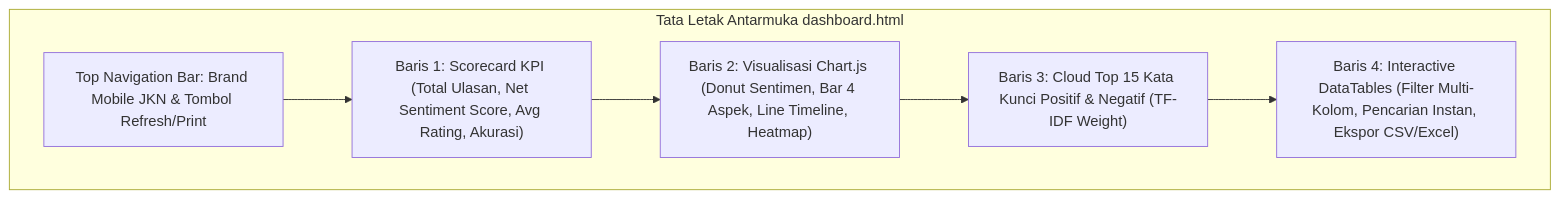
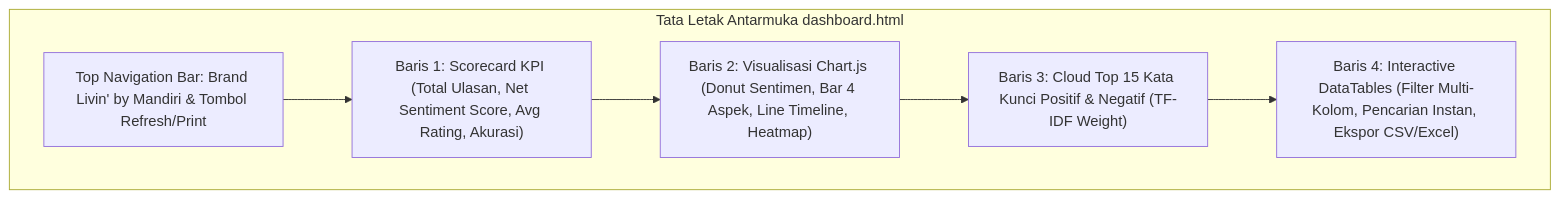
One commit to presidendjakarta/Binus-s2-Business-Intelligence-and-Analytics-TK changed the diagram in docs/08_panduan_penggunaan_cli.md. Above: the diagram before and after it, drawn with Mermaid. The commit also changed other lines of this file and 57 other files, not shown here.

````diff
--- a/docs/08_panduan_penggunaan_cli.md
+++ b/docs/08_panduan_penggunaan_cli.md
@@ -225,12 +225,12 @@
 ```mermaid
 graph TD
     subgraph Dashboard_Layout [Tata Letak Antarmuka dashboard.html]
-        H["Top Navigation Bar: Brand Mobile JKN & Tombol Refresh/Print"]
+        H["Top Navigation Bar: Brand Livin' by Mandiri & Tombol Refresh/Print"]
         K["Baris 1: Scorecard KPI (Total Ulasan, Net Sentiment Score, Avg Rating, Akurasi)"]
         C["Baris 2: Visualisasi Chart.js (Donut Sentimen, Bar 4 Aspek, Line Timeline, Heatmap)"]
         W["Baris 3: Cloud Top 15 Kata Kunci Positif & Negatif (TF-IDF Weight)"]
         T["Baris 4: Interactive DataTables (Filter Multi-Kolom, Pencarian Instan, Ekspor CSV/Excel)"]
         
         H --> K --> C --> W --> T
     end
 ```
````
